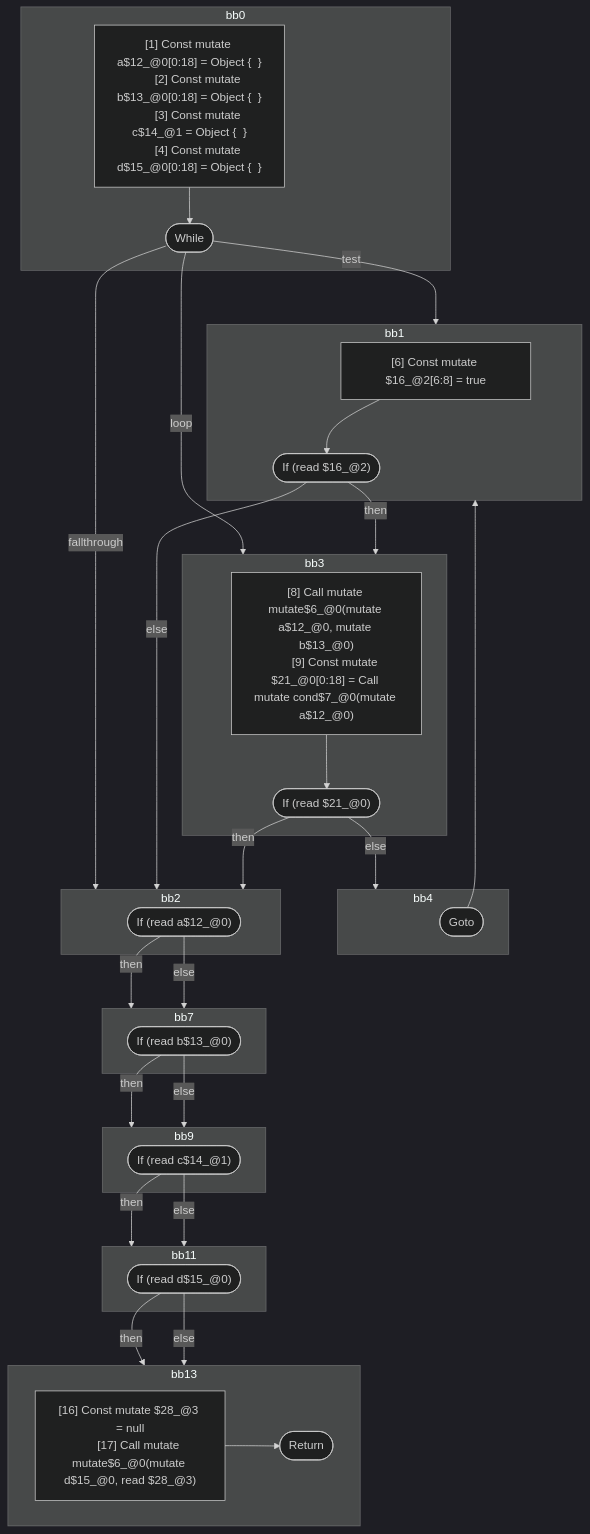
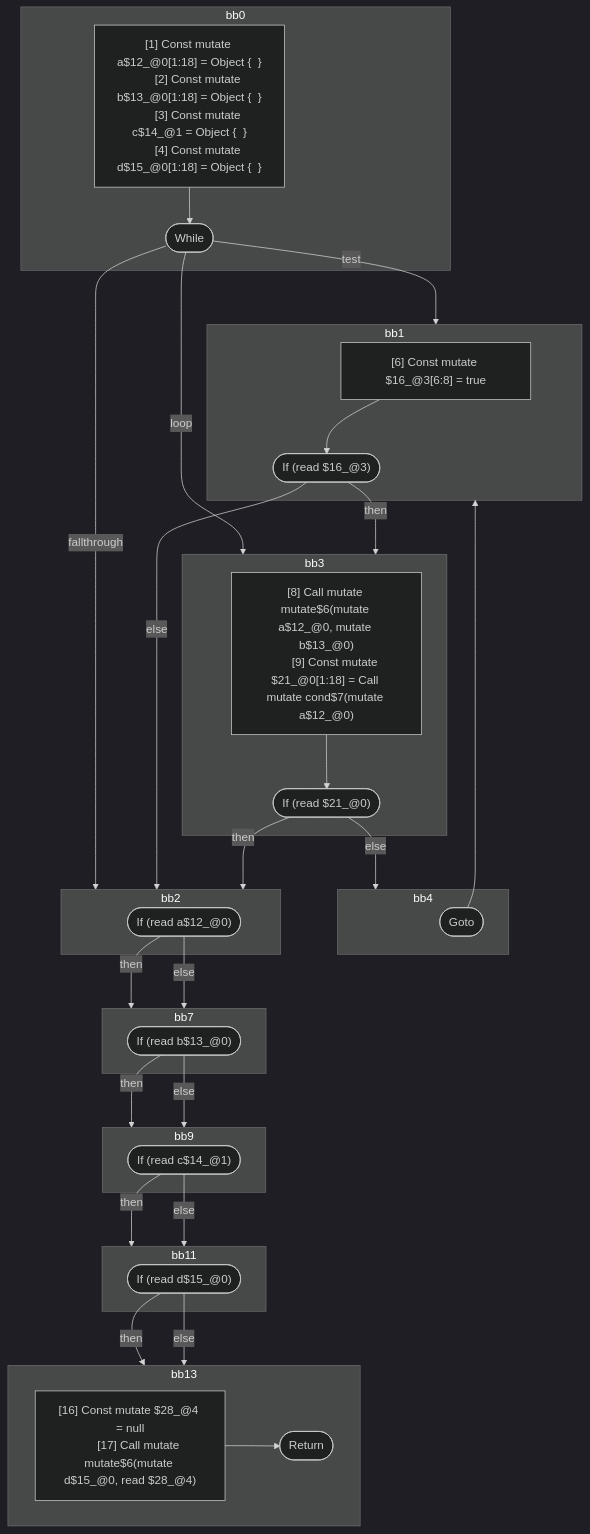
Before and after one commit to wutsmog/private: the third of 3 diagrams in compiler/forget/src/__tests__/fixtures/hir/mutable-liverange-loop.expect.md, drawn with Mermaid (dark theme). The commit also changed other lines of this file and 100 other files, not shown here.

````diff
--- a/compiler/forget/src/__tests__/fixtures/hir/mutable-liverange-loop.expect.md
+++ b/compiler/forget/src/__tests__/fixtures/hir/mutable-liverange-loop.expect.md
@@ -134,67 +195,67 @@
 ```mermaid
 flowchart TB
   %% Basic Blocks
   subgraph bb0
     bb0_instrs["
-      [1] Const mutate a$12_@0[0:18] = Object {  }
-      [2] Const mutate b$13_@0[0:18] = Object {  }
+      [1] Const mutate a$12_@0[1:18] = Object {  }
+      [2] Const mutate b$13_@0[1:18] = Object {  }
       [3] Const mutate c$14_@1 = Object {  }
-      [4] Const mutate d$15_@0[0:18] = Object {  }
+      [4] Const mutate d$15_@0[1:18] = Object {  }
     "]
     bb0_instrs --> bb0_terminal(["While"])
   end
   subgraph bb1
     bb1_instrs["
-      [6] Const mutate $16_@2[6:8] = true
+      [6] Const mutate $16_@3[6:8] = true
     "]
-    bb1_instrs --> bb1_terminal(["If (read $16_@2)"])
+    bb1_instrs --> bb1_terminal(["If (read $16_@3)"])
   end
   subgraph bb3
     bb3_instrs["
-      [8] Call mutate mutate$6_@0(mutate a$12_@0, mutate b$13_@0)
-      [9] Const mutate $21_@0[0:18] = Call mutate cond$7_@0(mutate a$12_@0)
+      [8] Call mutate mutate$6(mutate a$12_@0, mutate b$13_@0)
+      [9] Const mutate $21_@0[1:18] = Call mutate cond$7(mutate a$12_@0)
     "]
     bb3_instrs --> bb3_terminal(["If (read $21_@0)"])
   end
   subgraph bb4
     bb4_terminal(["Goto"])
   end
   subgraph bb2
     bb2_terminal(["If (read a$12_@0)"])
   end
   subgraph bb7
     bb7_terminal(["If (read b$13_@0)"])
   end
   subgraph bb9
     bb9_terminal(["If (read c$14_@1)"])
   end
   subgraph bb11
     bb11_terminal(["If (read d$15_@0)"])
   end
   subgraph bb13
     bb13_instrs["
-      [16] Const mutate $28_@3 = null
-      [17] Call mutate mutate$6_@0(mutate d$15_@0, read $28_@3)
+      [16] Const mutate $28_@4 = null
+      [17] Call mutate mutate$6(mutate d$15_@0, read $28_@4)
     "]
     bb13_instrs --> bb13_terminal(["Return"])
   end
 
   %% Jumps
   bb0_terminal -- "test" --> bb1
   bb0_terminal -- "loop" --> bb3
   bb0_terminal -- "fallthrough" --> bb2
   bb1_terminal -- "then" --> bb3
   bb1_terminal -- "else" --> bb2
   bb3_terminal -- "then" --> bb2
   bb3_terminal -- "else" --> bb4
   bb4_terminal --> bb1
   bb2_terminal -- "then" --> bb7
   bb2_terminal -- "else" --> bb7
   bb7_terminal -- "then" --> bb9
   bb7_terminal -- "else" --> bb9
   bb9_terminal -- "then" --> bb11
   bb9_terminal -- "else" --> bb11
   bb11_terminal -- "then" --> bb13
   bb11_terminal -- "else" --> bb13
 
 ```
````
